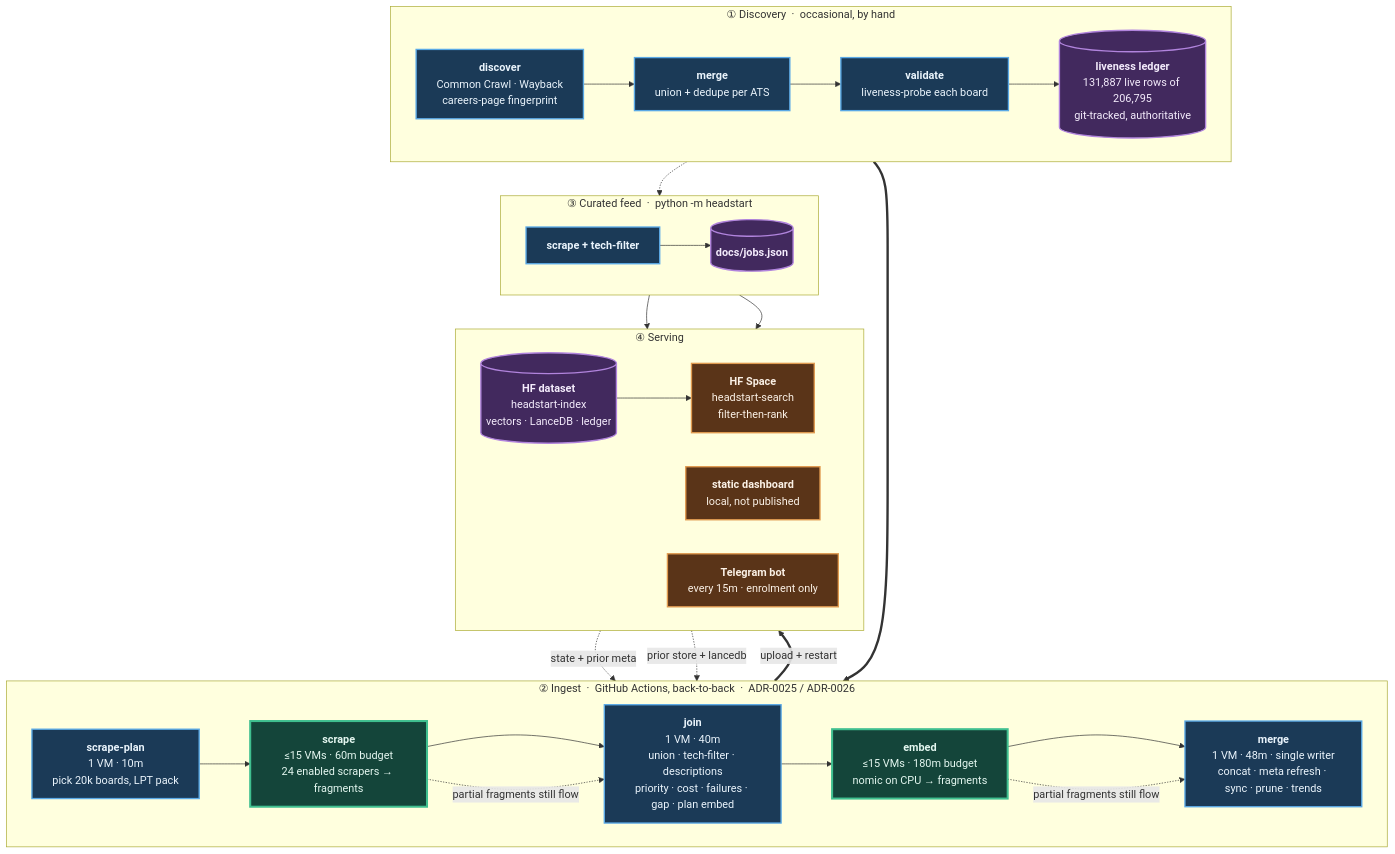
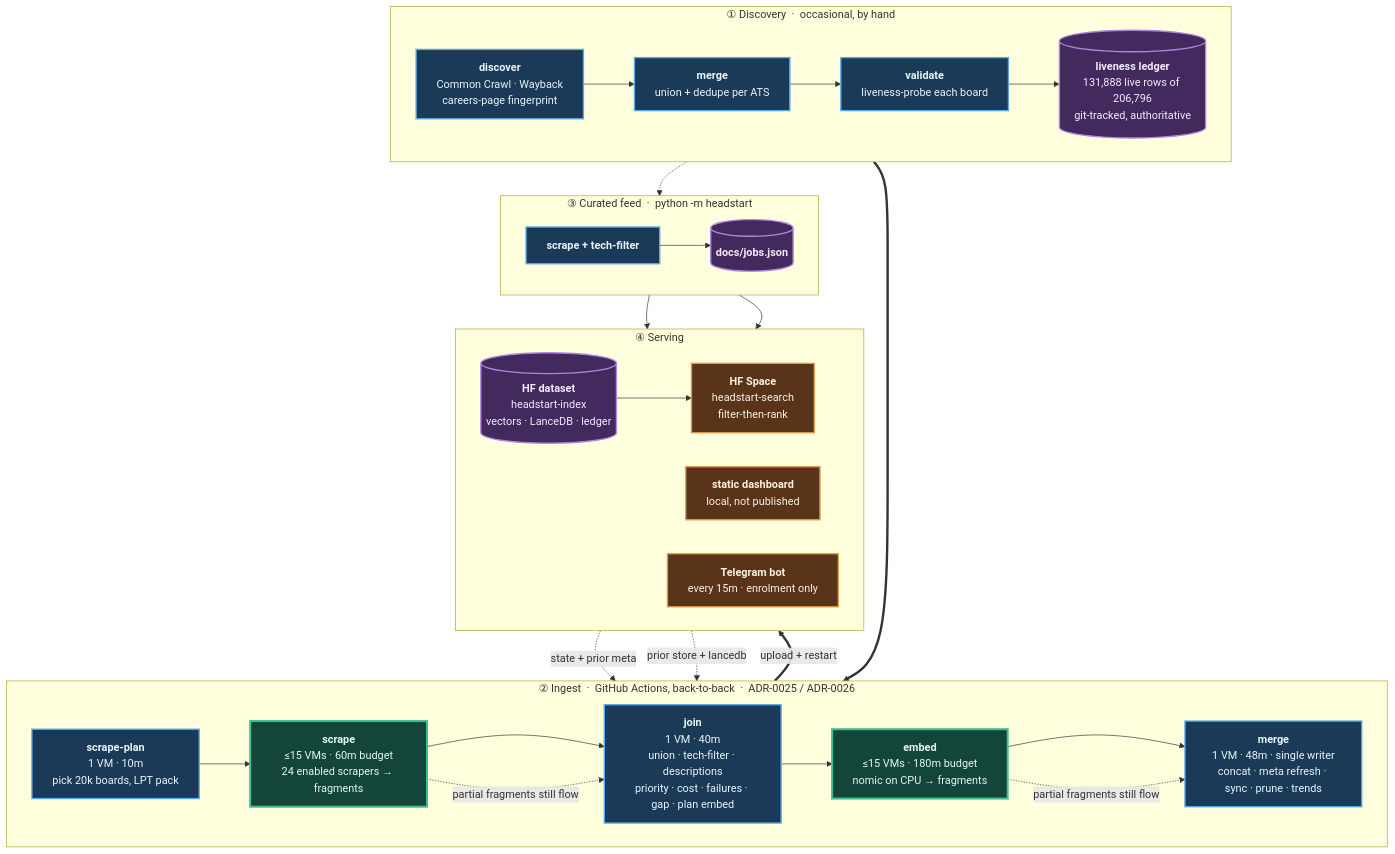
The diagram in README.md (sarthakjain004/headstart), drawn with Mermaid before and after one commit. The commit also changed other lines of this file and 8 other files, not shown here.

````diff
--- a/README.md
+++ b/README.md
@@ -84,56 +84,56 @@
 ```mermaid
 flowchart TB
     subgraph D["① Discovery &nbsp;·&nbsp; occasional, by hand"]
         direction LR
         D1["<b>discover</b><br/>Common Crawl · Wayback<br/>careers-page fingerprint"]
         D2["<b>merge</b><br/>union + dedupe per ATS"]
         D3["<b>validate</b><br/>liveness-probe each board"]
-        D4[("<b>liveness ledger</b><br/>131,887 live rows of 206,795<br/>git-tracked, authoritative")]
+        D4[("<b>liveness ledger</b><br/>131,888 live rows of 206,796<br/>git-tracked, authoritative")]
         D1 --> D2 --> D3 --> D4
     end
 
     subgraph P["② Ingest &nbsp;·&nbsp; GitHub Actions, back-to-back &nbsp;·&nbsp; ADR-0025 / ADR-0026"]
         direction LR
         P1["<b>scrape-plan</b><br/>1 VM · 10m<br/>pick 20k boards, LPT pack"]
         P2["<b>scrape</b><br/>≤15 VMs · 60m budget<br/>24 enabled scrapers → fragments"]
         P3["<b>join</b><br/>1 VM · 40m<br/>union · tech-filter · descriptions<br/>priority · cost · failures · gap · plan embed"]
         P4["<b>embed</b><br/>≤15 VMs · 180m budget<br/>nomic on CPU → fragments"]
         P5["<b>merge</b><br/>1 VM · 48m · single writer<br/>concat · meta refresh · sync · prune · trends"]
         P1 --> P2 --> P3 --> P4 --> P5
     end
 
     subgraph F["③ Curated feed &nbsp;·&nbsp; python -m headstart"]
         direction LR
         F1["<b>scrape + tech-filter</b>"]
         F2[("<b>docs/jobs.json</b>")]
         F1 --> F2
     end
 
     subgraph S["④ Serving"]
         direction LR
         S1[("<b>HF dataset</b><br/>headstart-index<br/>vectors · LanceDB · ledger")]
         S2["<b>HF Space</b><br/>headstart-search<br/>filter-then-rank"]
         S3["<b>static dashboard</b><br/>local, not published"]
         S4["<b>Telegram bot</b><br/>every 15m · enrolment only"]
         S1 --> S2
     end
 
     D4 ==> P1
     S1 -. "state + prior meta" .-> P1
     S1 -. "prior store + lancedb" .-> P5
     D4 -.-> F1
     P5 ==>|"upload + restart"| S1
     F2 --> S3
     F2 --> S4
     P2 -. "partial fragments still flow" .-> P3
     P4 -. "partial fragments still flow" .-> P5
 
     classDef serial fill:#1b3a57,stroke:#5aa9e6,stroke-width:2px,color:#eaf4fc
     classDef fan fill:#14453a,stroke:#3fbf8f,stroke-width:3px,color:#e4f7f0
     classDef store fill:#42295e,stroke:#b184dd,stroke-width:2px,color:#f4ecfc
     classDef serve fill:#5a3418,stroke:#e09a4f,stroke-width:2px,color:#fbf1e6
     class D1,D2,D3,P1,P3,P5,F1 serial
     class P2,P4 fan
     class D4,F2,S1 store
     class S2,S3,S4 serve
 ```
````
